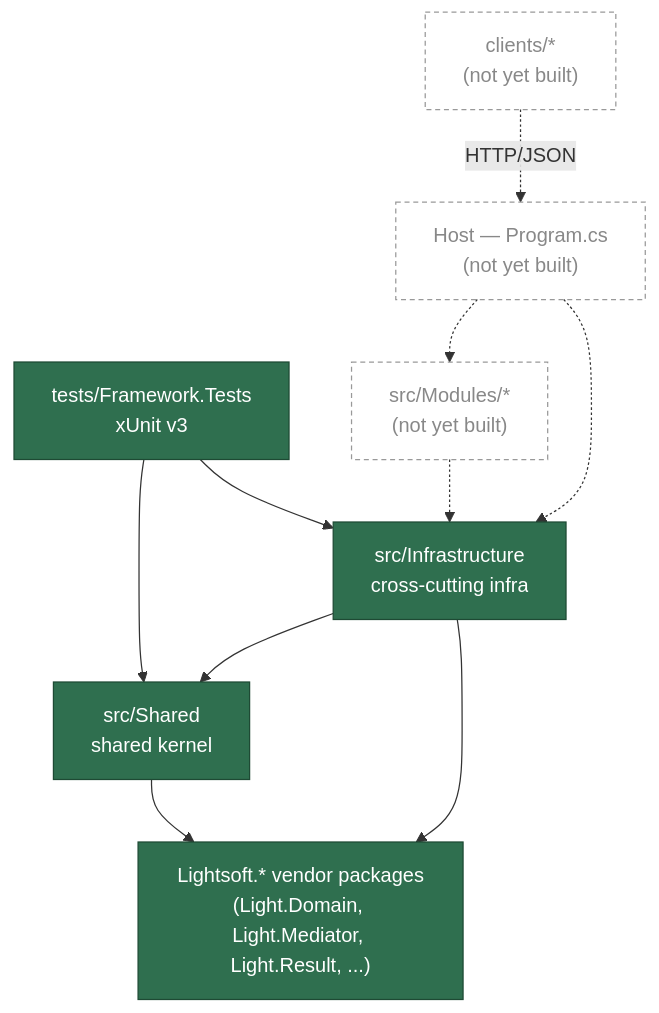
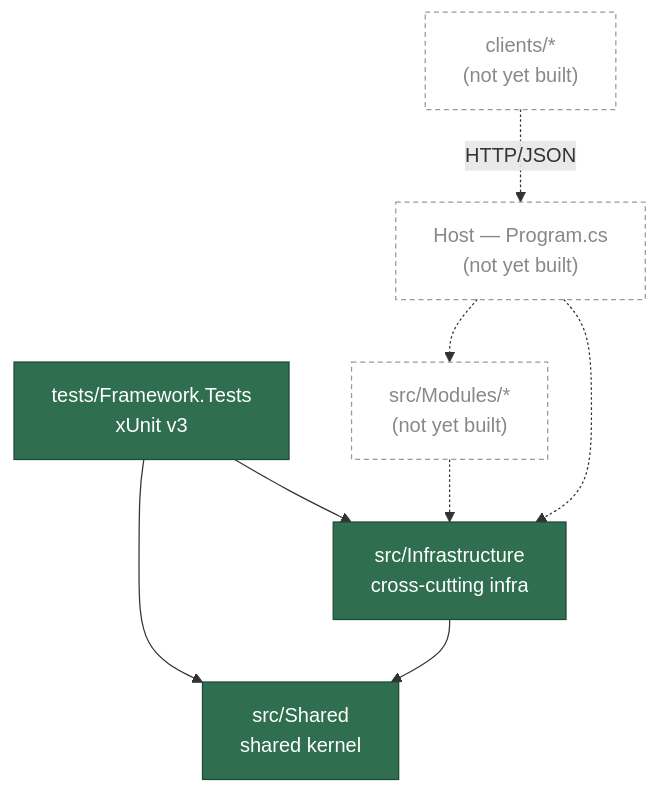
The diagram in README.md (lightdotnet/dotnet-starter-template), drawn with Mermaid before and after one commit.

Commit message:
docs: drop Vendor node from backend dependency diagram
Simplifies the mermaid diagram to only the projects that exist today.

````diff
--- a/README.md
+++ b/README.md
@@ -32,28 +32,24 @@
 ```mermaid
 graph TD
-    Vendor["Lightsoft.* vendor packages<br/>(Light.Domain, Light.Mediator, Light.Result, ...)"]
-
     Shared["src/Shared<br/>shared kernel"]
     Infra["src/Infrastructure<br/>cross-cutting infra"]
     Tests["tests/Framework.Tests<br/>xUnit v3"]
 
     Modules["src/Modules/*<br/>(not yet built)"]
     Host["Host — Program.cs<br/>(not yet built)"]
     Clients["clients/*<br/>(not yet built)"]
 
-    Shared --> Vendor
     Infra --> Shared
-    Infra --> Vendor
     Tests --> Shared
     Tests --> Infra
 
     Modules -.-> Infra
     Host -.-> Modules
     Host -.-> Infra
     Clients -.HTTP/JSON.-> Host
 
     classDef built fill:#2f6f4f,stroke:#1e4a34,color:#fff;
     classDef planned fill:none,stroke:#999,stroke-dasharray: 4 3,color:#888;
-    class Shared,Infra,Tests,Vendor built;
+    class Shared,Infra,Tests built;
     class Modules,Host,Clients planned;
 ```
````
